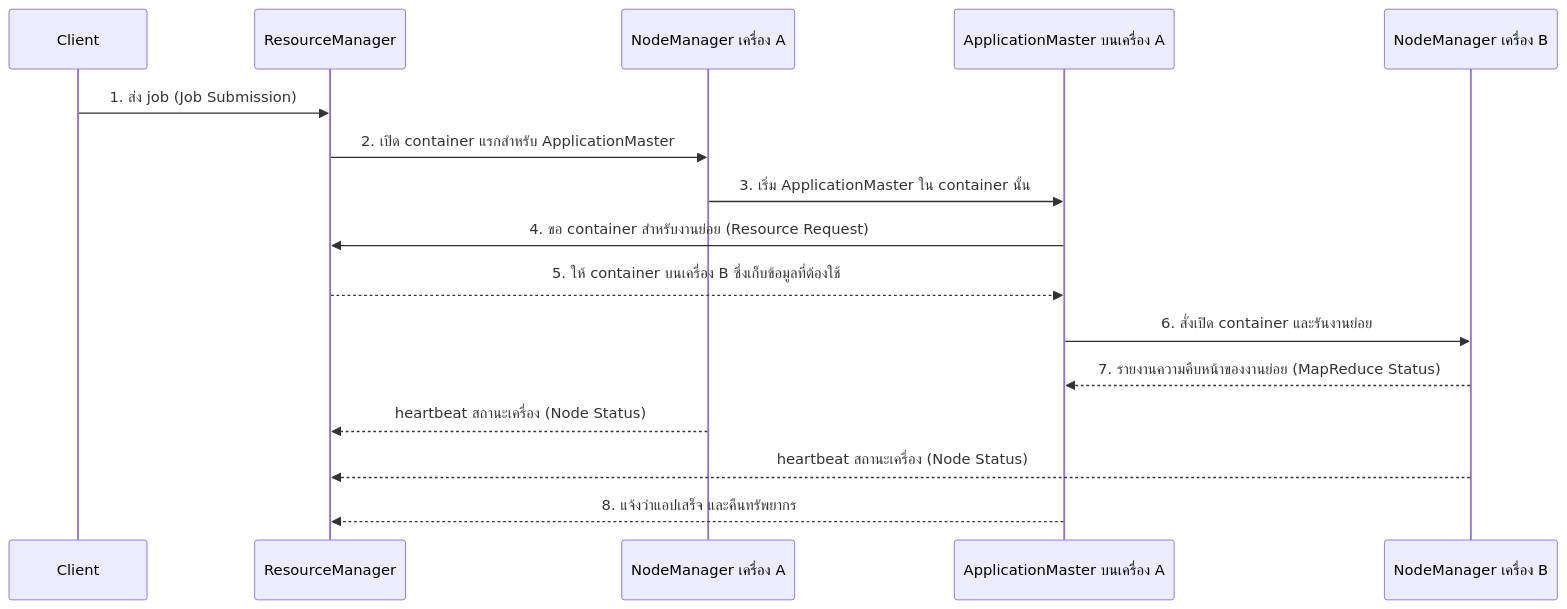
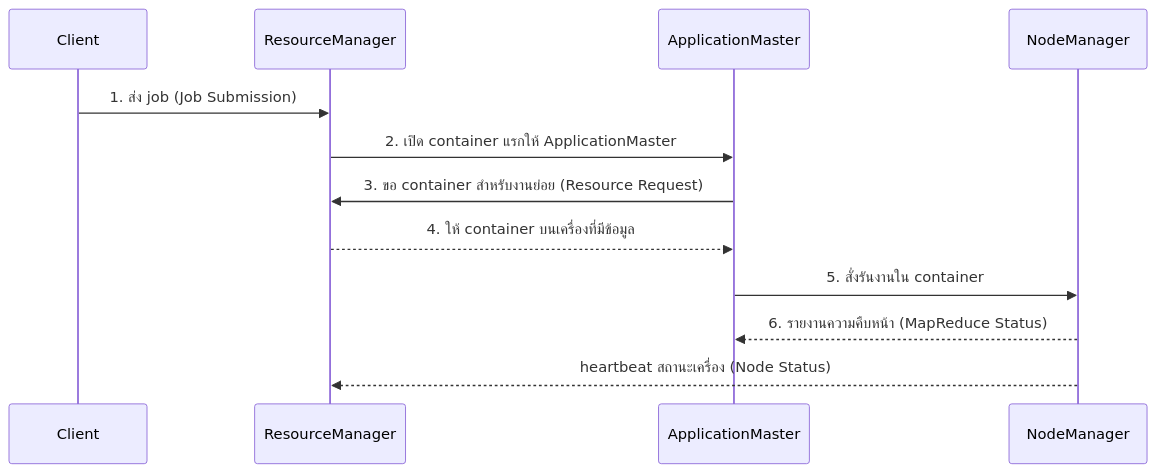
The fifth of 7 diagrams in dads6002-big-data-analytics/summary/01_hadoop[claude].md (mdanmek/nida-dads-notes), drawn with Mermaid before and after one commit. The commit also changed other lines of this file, not shown here.

````diff
--- a/dads6002-big-data-analytics/summary/01_hadoop[claude].md
+++ b/dads6002-big-data-analytics/summary/01_hadoop[claude].md
@@ -531,18 +261,14 @@
 ```mermaid
 sequenceDiagram
     participant CL as Client
     participant RM as ResourceManager
-    participant NM1 as NodeManager เครื่อง A
-    participant AM as ApplicationMaster บนเครื่อง A
-    participant NM2 as NodeManager เครื่อง B
+    participant AM as ApplicationMaster
+    participant NM as NodeManager
     CL->>RM: 1. ส่ง job (Job Submission)
-    RM->>NM1: 2. เปิด container แรกสำหรับ ApplicationMaster
-    NM1->>AM: 3. เริ่ม ApplicationMaster ใน container นั้น
-    AM->>RM: 4. ขอ container สำหรับงานย่อย (Resource Request)
-    RM-->>AM: 5. ให้ container บนเครื่อง B ซึ่งเก็บข้อมูลที่ต้องใช้
-    AM->>NM2: 6. สั่งเปิด container และรันงานย่อย
-    NM2-->>AM: 7. รายงานความคืบหน้าของงานย่อย (MapReduce Status)
-    NM1-->>RM: heartbeat สถานะเครื่อง (Node Status)
-    NM2-->>RM: heartbeat สถานะเครื่อง (Node Status)
-    AM-->>RM: 8. แจ้งว่าแอปเสร็จ และคืนทรัพยากร
+    RM->>AM: 2. เปิด container แรกให้ ApplicationMaster
+    AM->>RM: 3. ขอ container สำหรับงานย่อย (Resource Request)
+    RM-->>AM: 4. ให้ container บนเครื่องที่มีข้อมูล
+    AM->>NM: 5. สั่งรันงานใน container
+    NM-->>AM: 6. รายงานความคืบหน้า (MapReduce Status)
+    NM-->>RM: heartbeat สถานะเครื่อง (Node Status)
 ```
````
